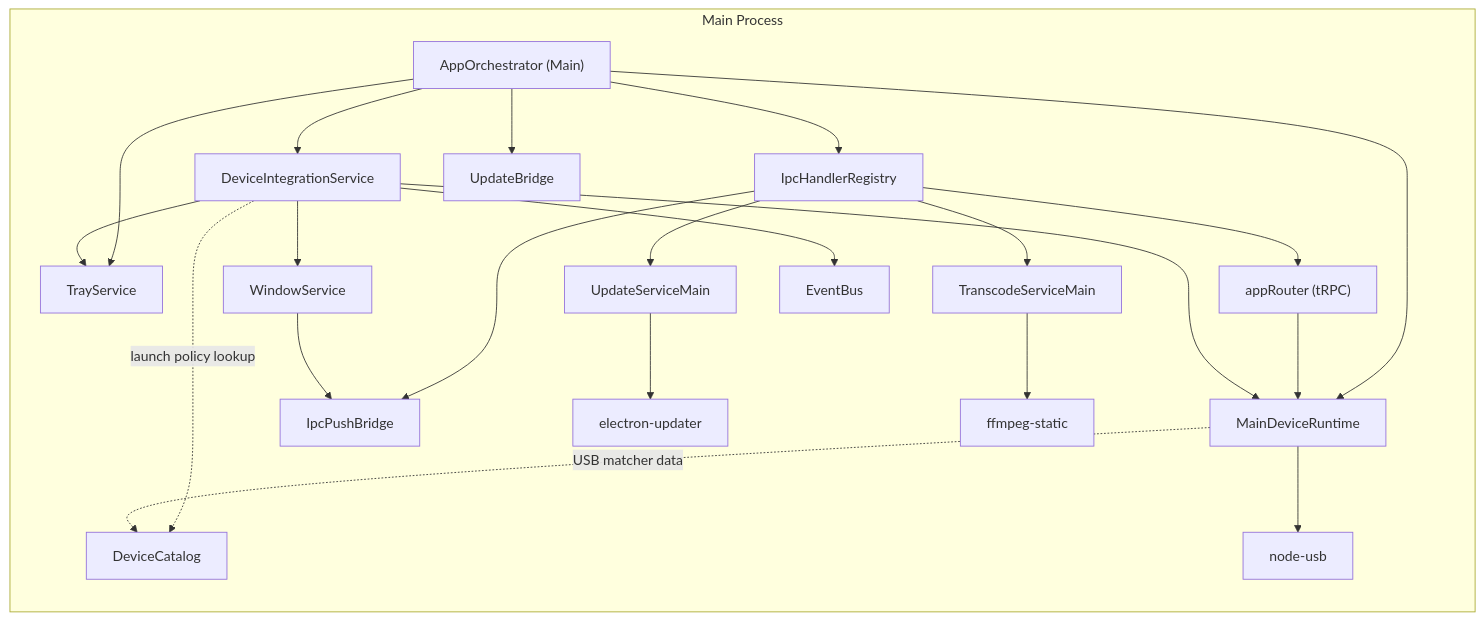
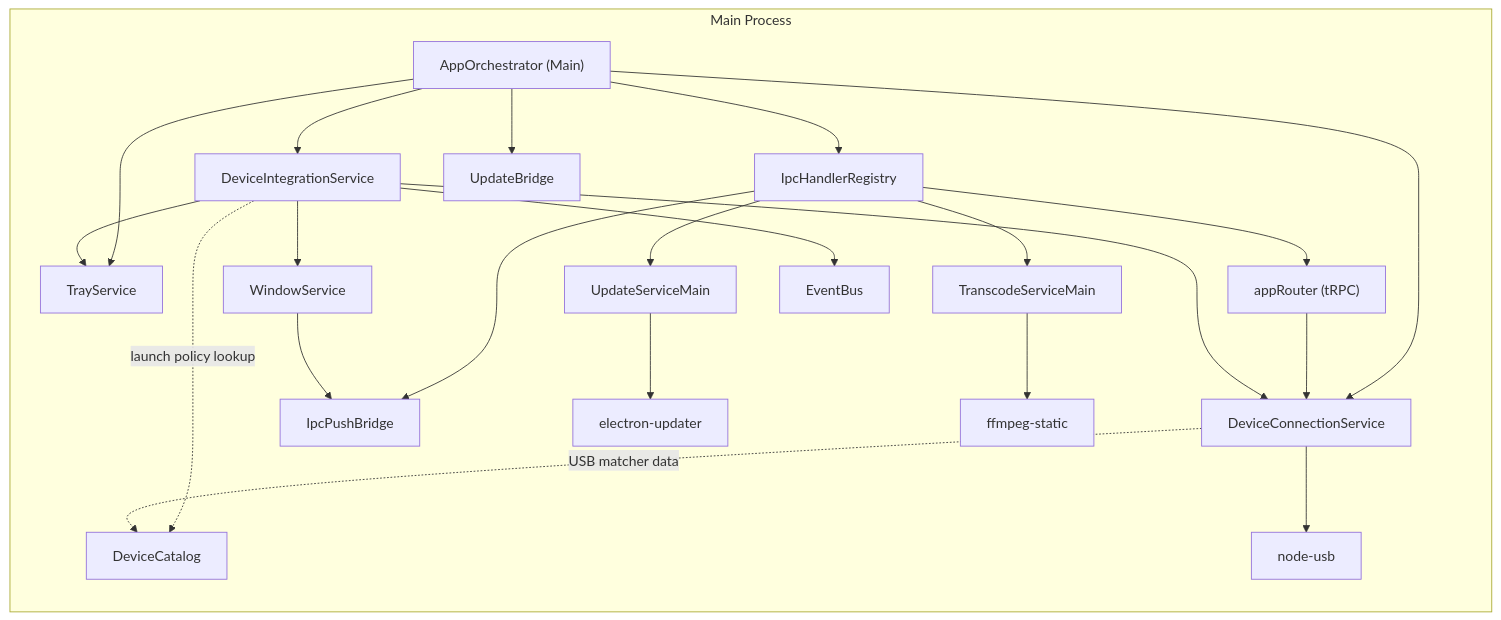
One commit to josstei/prismgb-app changed the sixth of 8 diagrams in docs/architecture-diagrams.md. Above: the diagram before and after it, drawn with Mermaid. The commit also changed other lines of this file and 36 other files, not shown here.

Commit message:
refactor(devices): normalize package architecture

````diff
--- a/docs/architecture-diagrams.md
+++ b/docs/architecture-diagrams.md
@@ -151,43 +151,43 @@
 ```mermaid
 flowchart LR
   subgraph MAIN[Main Process]
     AppOrchestrator["AppOrchestrator (Main)"]
     IpcHandlerRegistry[IpcHandlerRegistry]
     AppRouter["appRouter (tRPC)"]
     IpcPushBridge[IpcPushBridge]
     WindowService[WindowService]
     TrayService[TrayService]
     EventBus[EventBus]
     DeviceIntegrationService[DeviceIntegrationService]
-    MainDeviceRuntime[MainDeviceRuntime]
+    DeviceConnectionService[DeviceConnectionService]
     UpdateBridge[UpdateBridge]
     UpdateServiceMain[UpdateServiceMain]
     TranscodeServiceMain[TranscodeServiceMain]
     UsbMonitor[node-usb]
     DeviceCatalog[DeviceCatalog]
     AutoUpdater[electron-updater]
     FFmpeg[ffmpeg-static]
   end
 
   AppOrchestrator --> IpcHandlerRegistry
-  AppOrchestrator --> MainDeviceRuntime
+  AppOrchestrator --> DeviceConnectionService
   AppOrchestrator --> DeviceIntegrationService
   AppOrchestrator --> TrayService
   AppOrchestrator --> UpdateBridge
 
   IpcHandlerRegistry --> AppRouter
   IpcHandlerRegistry --> IpcPushBridge
-  AppRouter --> MainDeviceRuntime
+  AppRouter --> DeviceConnectionService
   IpcHandlerRegistry --> UpdateServiceMain
   IpcHandlerRegistry --> TranscodeServiceMain
-  DeviceIntegrationService --> MainDeviceRuntime
+  DeviceIntegrationService --> DeviceConnectionService
   DeviceIntegrationService --> TrayService
   DeviceIntegrationService --> WindowService
   DeviceIntegrationService --> EventBus
   DeviceIntegrationService -. "launch policy lookup" .-> DeviceCatalog
   WindowService --> IpcPushBridge
-  MainDeviceRuntime --> UsbMonitor
-  MainDeviceRuntime -. "USB matcher data" .-> DeviceCatalog
+  DeviceConnectionService --> UsbMonitor
+  DeviceConnectionService -. "USB matcher data" .-> DeviceCatalog
   UpdateServiceMain --> AutoUpdater
   TranscodeServiceMain --> FFmpeg
 ```
````
